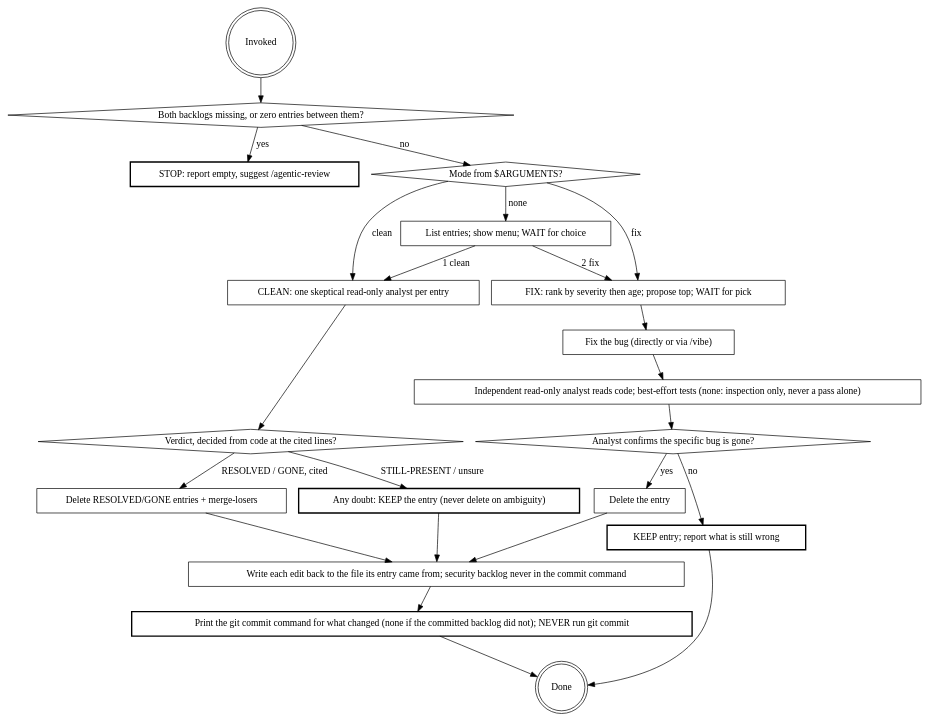
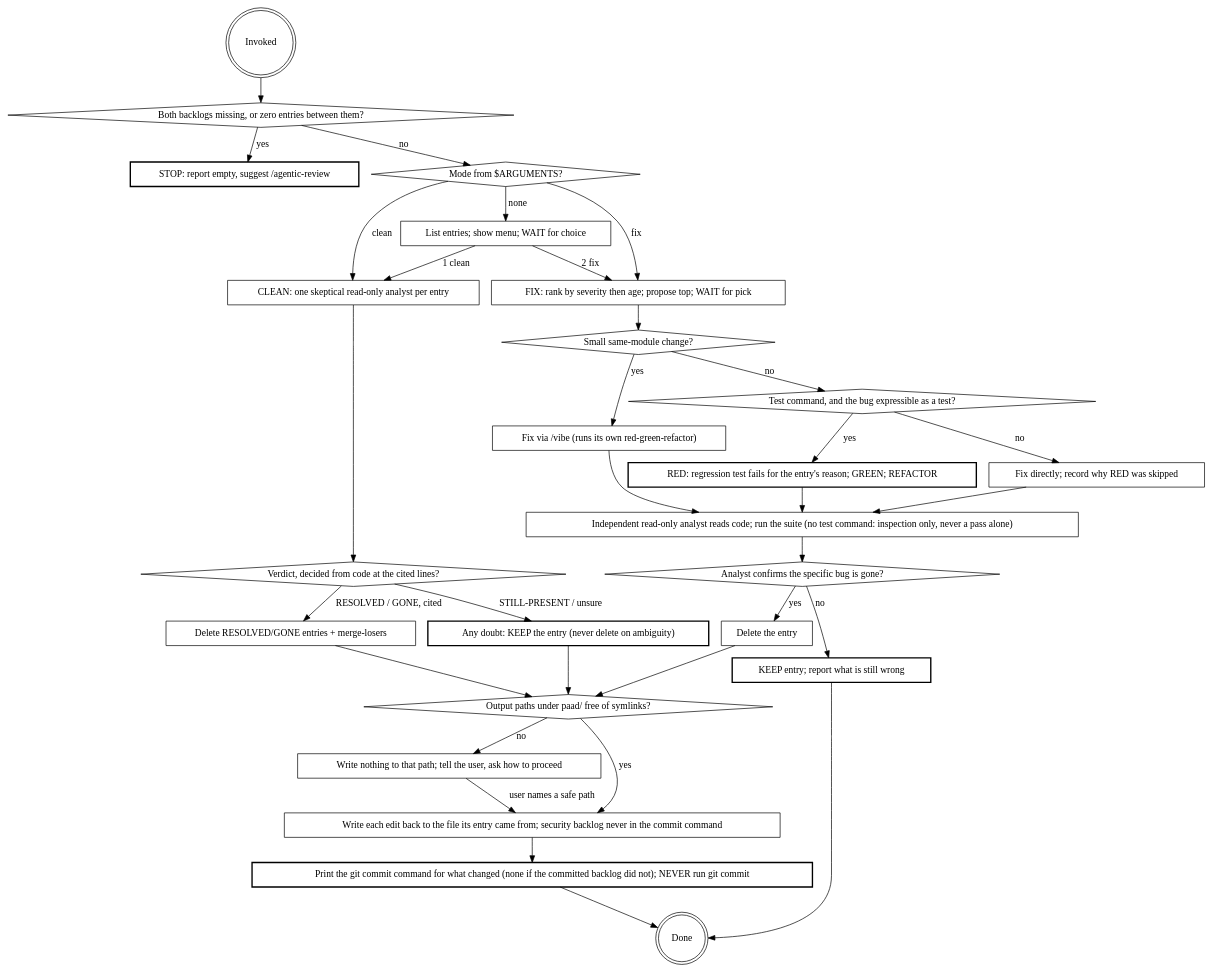
One commit to Ovid/paad changed the diagram in plugins/paad/skills/backlog/SKILL.md. Above: the diagram before and after it, drawn with Graphviz. The commit also changed other lines of this file and 51 other files, not shown here.

````diff
--- a/plugins/paad/skills/backlog/SKILL.md
+++ b/plugins/paad/skills/backlog/SKILL.md
@@ -23,50 +25,65 @@
 ```dot
 digraph backlog {
   "Invoked" [shape=doublecircle];
   "Both backlogs missing, or zero entries between them?" [shape=diamond];
   "STOP: report empty, suggest /agentic-review" [shape=box, style=bold];
   "Mode from $ARGUMENTS?" [shape=diamond];
   "List entries; show menu; WAIT for choice" [shape=box];
 
   "CLEAN: one skeptical read-only analyst per entry" [shape=box];
   "Verdict, decided from code at the cited lines?" [shape=diamond];
   "Any doubt: KEEP the entry (never delete on ambiguity)" [shape=box, style=bold];
   "Delete RESOLVED/GONE entries + merge-losers" [shape=box];
 
   "FIX: rank by severity then age; propose top; WAIT for pick" [shape=box];
-  "Fix the bug (directly or via /vibe)" [shape=box];
-  "Independent read-only analyst reads code; best-effort tests (none: inspection only, never a pass alone)" [shape=box];
+  "Small same-module change?" [shape=diamond];
+  "Fix via /vibe (runs its own red-green-refactor)" [shape=box];
+  "Test command, and the bug expressible as a test?" [shape=diamond];
+  "RED: regression test fails for the entry's reason; GREEN; REFACTOR" [shape=box, style=bold];
+  "Fix directly; record why RED was skipped" [shape=box];
+  "Independent read-only analyst reads code; run the suite (no test command: inspection only, never a pass alone)" [shape=box];
   "Analyst confirms the specific bug is gone?" [shape=diamond];
   "KEEP entry; report what is still wrong" [shape=box, style=bold];
   "Delete the entry" [shape=box];
 
+  "Output paths under paad/ free of symlinks?" [shape=diamond];
+  "Write nothing to that path; tell the user, ask how to proceed" [shape=box];
   "Write each edit back to the file its entry came from; security backlog never in the commit command" [shape=box];
   "Print the git commit command for what changed (none if the committed backlog did not); NEVER run git commit" [shape=box, style=bold];
   "Done" [shape=doublecircle];
 
   "Invoked" -> "Both backlogs missing, or zero entries between them?";
   "Both backlogs missing, or zero entries between them?" -> "STOP: report empty, suggest /agentic-review" [label="yes"];
   "Both backlogs missing, or zero entries between them?" -> "Mode from $ARGUMENTS?" [label="no"];
   "Mode from $ARGUMENTS?" -> "List entries; show menu; WAIT for choice" [label="none"];
   "Mode from $ARGUMENTS?" -> "CLEAN: one skeptical read-only analyst per entry" [label="clean"];
   "Mode from $ARGUMENTS?" -> "FIX: rank by severity then age; propose top; WAIT for pick" [label="fix"];
   "List entries; show menu; WAIT for choice" -> "CLEAN: one skeptical read-only analyst per entry" [label="1 clean"];
   "List entries; show menu; WAIT for choice" -> "FIX: rank by severity then age; propose top; WAIT for pick" [label="2 fix"];
 
   "CLEAN: one skeptical read-only analyst per entry" -> "Verdict, decided from code at the cited lines?";
   "Verdict, decided from code at the cited lines?" -> "Any doubt: KEEP the entry (never delete on ambiguity)" [label="STILL-PRESENT / unsure"];
   "Verdict, decided from code at the cited lines?" -> "Delete RESOLVED/GONE entries + merge-losers" [label="RESOLVED / GONE, cited"];
-  "Any doubt: KEEP the entry (never delete on ambiguity)" -> "Write each edit back to the file its entry came from; security backlog never in the commit command";
-  "Delete RESOLVED/GONE entries + merge-losers" -> "Write each edit back to the file its entry came from; security backlog never in the commit command";
+  "Any doubt: KEEP the entry (never delete on ambiguity)" -> "Output paths under paad/ free of symlinks?";
+  "Delete RESOLVED/GONE entries + merge-losers" -> "Output paths under paad/ free of symlinks?";
 
-  "FIX: rank by severity then age; propose top; WAIT for pick" -> "Fix the bug (directly or via /vibe)";
-  "Fix the bug (directly or via /vibe)" -> "Independent read-only analyst reads code; best-effort tests (none: inspection only, never a pass alone)";
-  "Independent read-only analyst reads code; best-effort tests (none: inspection only, never a pass alone)" -> "Analyst confirms the specific bug is gone?";
+  "FIX: rank by severity then age; propose top; WAIT for pick" -> "Small same-module change?";
+  "Small same-module change?" -> "Fix via /vibe (runs its own red-green-refactor)" [label="yes"];
+  "Small same-module change?" -> "Test command, and the bug expressible as a test?" [label="no"];
+  "Test command, and the bug expressible as a test?" -> "RED: regression test fails for the entry's reason; GREEN; REFACTOR" [label="yes"];
+  "Test command, and the bug expressible as a test?" -> "Fix directly; record why RED was skipped" [label="no"];
+  "Fix via /vibe (runs its own red-green-refactor)" -> "Independent read-only analyst reads code; run the suite (no test command: inspection only, never a pass alone)";
+  "RED: regression test fails for the entry's reason; GREEN; REFACTOR" -> "Independent read-only analyst reads code; run the suite (no test command: inspection only, never a pass alone)";
+  "Fix directly; record why RED was skipped" -> "Independent read-only analyst reads code; run the suite (no test command: inspection only, never a pass alone)";
+  "Independent read-only analyst reads code; run the suite (no test command: inspection only, never a pass alone)" -> "Analyst confirms the specific bug is gone?";
   "Analyst confirms the specific bug is gone?" -> "Delete the entry" [label="yes"];
   "Analyst confirms the specific bug is gone?" -> "KEEP entry; report what is still wrong" [label="no"];
-  "Delete the entry" -> "Write each edit back to the file its entry came from; security backlog never in the commit command";
+  "Delete the entry" -> "Output paths under paad/ free of symlinks?";
   "KEEP entry; report what is still wrong" -> "Done";
   "Write each edit back to the file its entry came from; security backlog never in the commit command" -> "Print the git commit command for what changed (none if the committed backlog did not); NEVER run git commit";
   "Print the git commit command for what changed (none if the committed backlog did not); NEVER run git commit" -> "Done";
+  "Output paths under paad/ free of symlinks?" -> "Write each edit back to the file its entry came from; security backlog never in the commit command" [label="yes"];
+  "Output paths under paad/ free of symlinks?" -> "Write nothing to that path; tell the user, ask how to proceed" [label="no"];
+  "Write nothing to that path; tell the user, ask how to proceed" -> "Write each edit back to the file its entry came from; security backlog never in the commit command" [label="user names a safe path"];
 }
 ```
````
